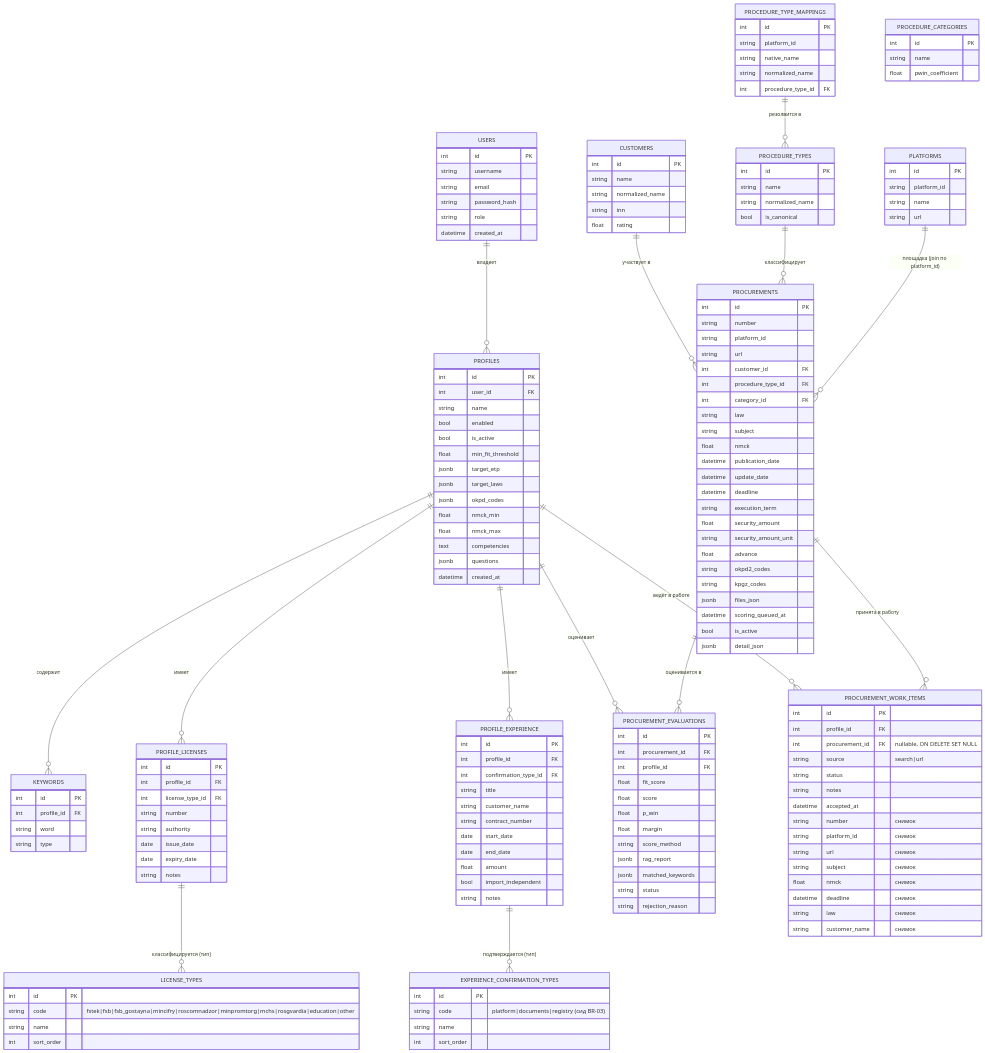
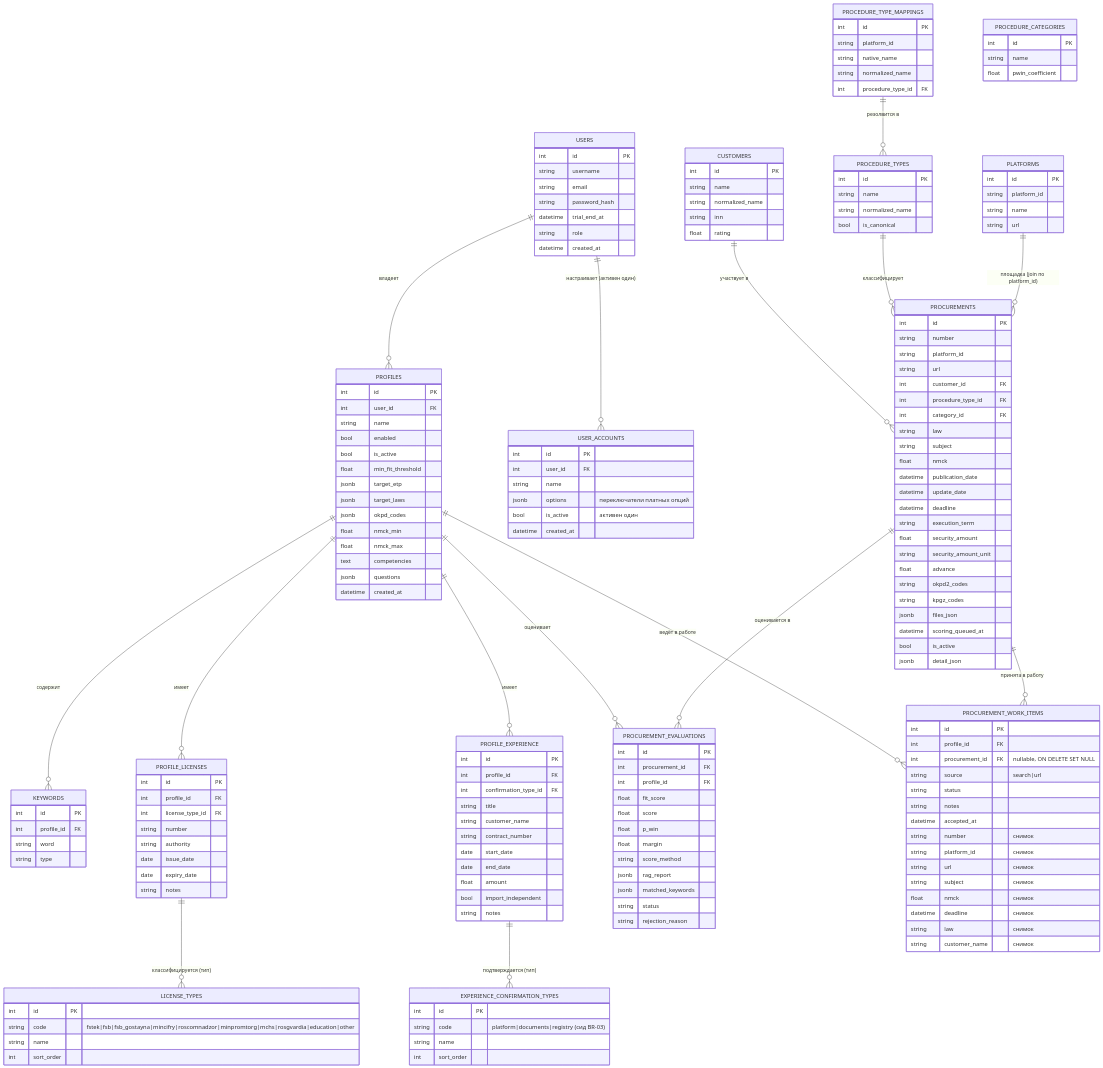
One commit to igorvolk1961/zakupki_parser changed the first of 2 diagrams in docs/system_analysis/04_Data_and_NFR/01_er_diagram.md. Above: the diagram before and after it, drawn with Mermaid. The commit also changed other lines of this file and 11 other files, not shown here.

````diff
--- a/docs/system_analysis/04_Data_and_NFR/01_er_diagram.md
+++ b/docs/system_analysis/04_Data_and_NFR/01_er_diagram.md
@@ -10,6 +10,7 @@
 ```mermaid
 erDiagram
     USERS ||--o{ PROFILES : "владеет"
+    USERS ||--o{ USER_ACCOUNTS : "настраивает (активен один)"
     PROFILES ||--o{ KEYWORDS : "содержит"
     PROFILES ||--o{ PROFILE_LICENSES : "имеет"
     PROFILES ||--o{ PROFILE_EXPERIENCE : "имеет"
@@ -29,7 +30,17 @@
         string username
         string email
         string password_hash
+        datetime trial_end_at
         string role
+        datetime created_at
+    }
+
+    USER_ACCOUNTS {
+        int id PK
+        int user_id FK
+        string name
+        jsonb options "переключатели платных опций"
+        bool is_active "активен один"
         datetime created_at
     }
 
````
